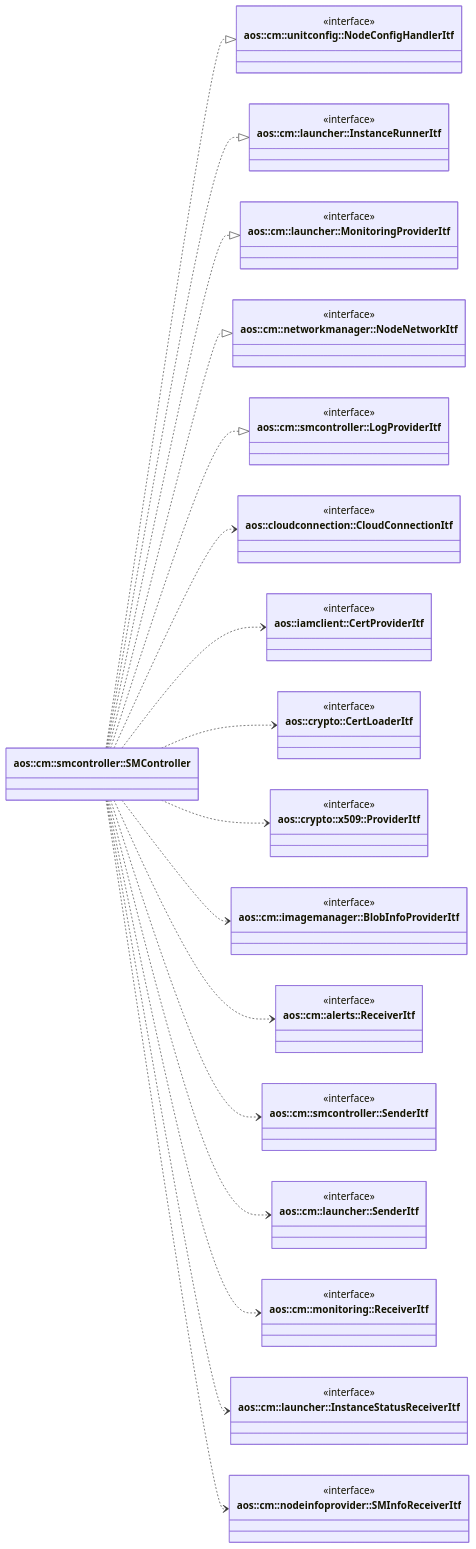
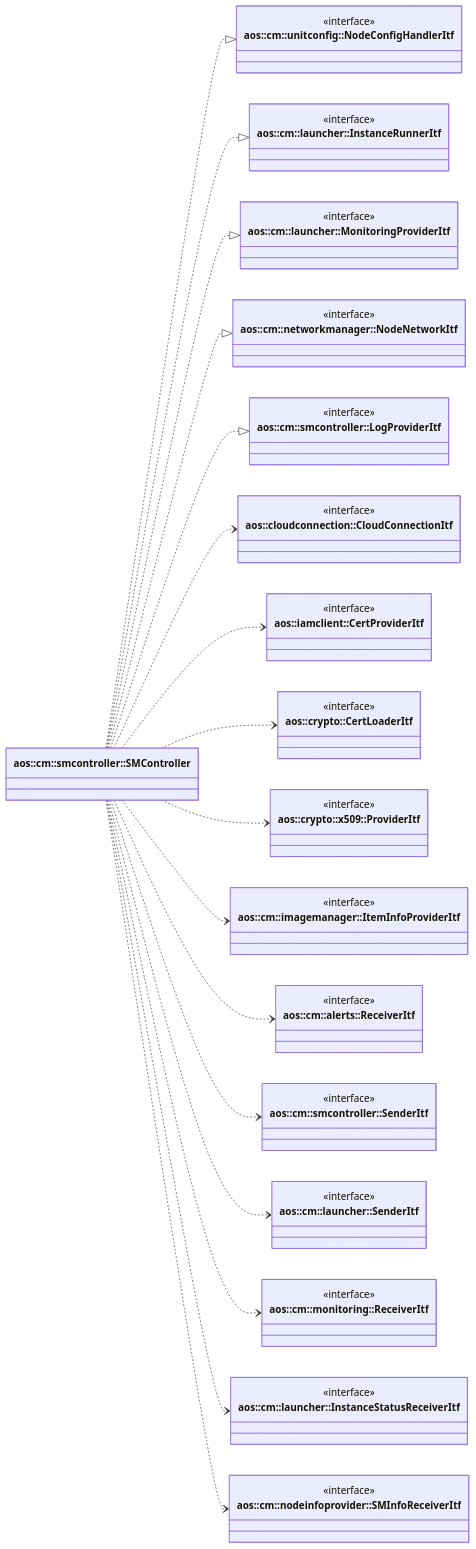
One commit to aosedge/aos_core_lib_cpp changed the diagram in src/core/cm/smcontroller/smcontroller.md. Above: the diagram before and after it, drawn with Mermaid. The commit also changed other lines of this file, not shown here.

Commit message:
cm: smcontroller: update design document
SM controller should use imagemanager::ItemInfoProviderItf instead of
imagemanager::BlobInfoProviderItf to provide blob URL's to SM.

```diff
--- a/src/core/cm/smcontroller/smcontroller.md
+++ b/src/core/cm/smcontroller/smcontroller.md
@@ -70,7 +70,7 @@
         <<interface>>
     }
 
-    class BlobInfoProviderItf ["aos::cm::imagemanager::BlobInfoProviderItf"] {
+    class ItemInfoProviderItf ["aos::cm::imagemanager::ItemInfoProviderItf"] {
         <<interface>>
     }
 
@@ -108,7 +108,7 @@
     SMController ..> CertProviderItf
     SMController ..> CertLoaderItf
     SMController ..> CryptoProviderItf
-    SMController ..> BlobInfoProviderItf
+    SMController ..> ItemInfoProviderItf
     SMController ..> AlertsReceiverItf
     SMController ..> LogSenderItf
     SMController ..> EnvVarsStatusSenderItf
```
